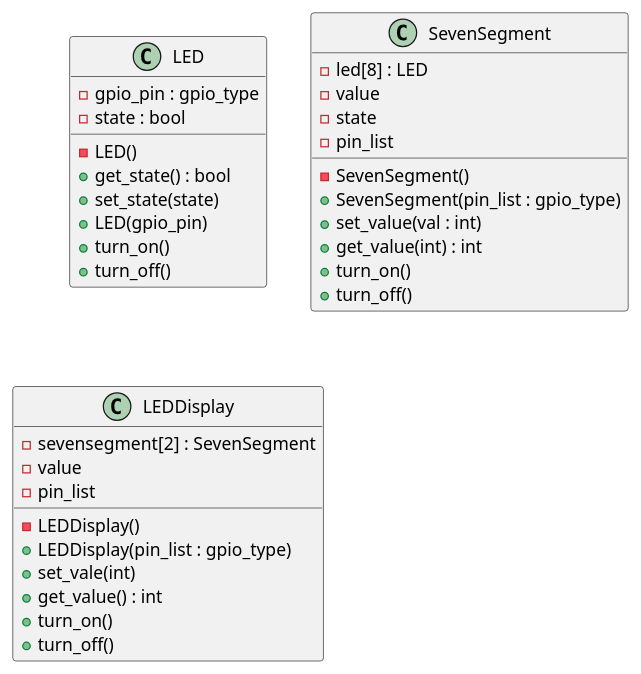
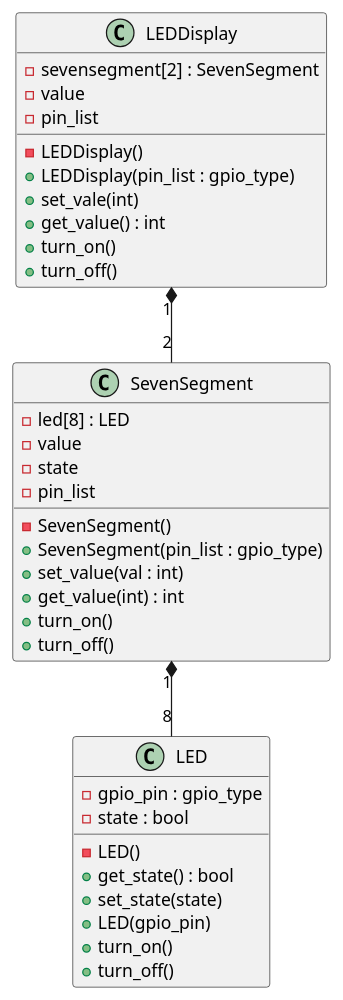
One commit to koson/KMF-7-Segment changed the diagram in class-design.md. Above: the diagram before and after it, drawn with PlantUML.

````diff
--- a/class-design.md
+++ b/class-design.md
@@ -2,39 +2,45 @@
 ```plantuml
 class LED 
 {
     - gpio_pin : gpio_type
     - state : bool
     - LED()
     + get_state() : bool
     + set_state(state)
     + LED(gpio_pin)
     + turn_on()
     + turn_off()
 }
 
 class SevenSegment
 {
     - led[8] : LED
     - value
     - state
     - pin_list
     - SevenSegment()
     + SevenSegment(pin_list : gpio_type)
     + set_value(val : int)
     + get_value(int) : int
     + turn_on()
     + turn_off()
 }
 class LEDDisplay
 {
     - sevensegment[2] : SevenSegment
     - value
     - pin_list
     - LEDDisplay()
     + LEDDisplay(pin_list : gpio_type)
     + set_vale(int)
     + get_value() : int
     + turn_on()
     + turn_off()
 }
+
+
+LEDDisplay "1" *-- "2" SevenSegment
+SevenSegment "1" *-- "8" LED
+
+
 ```
````
